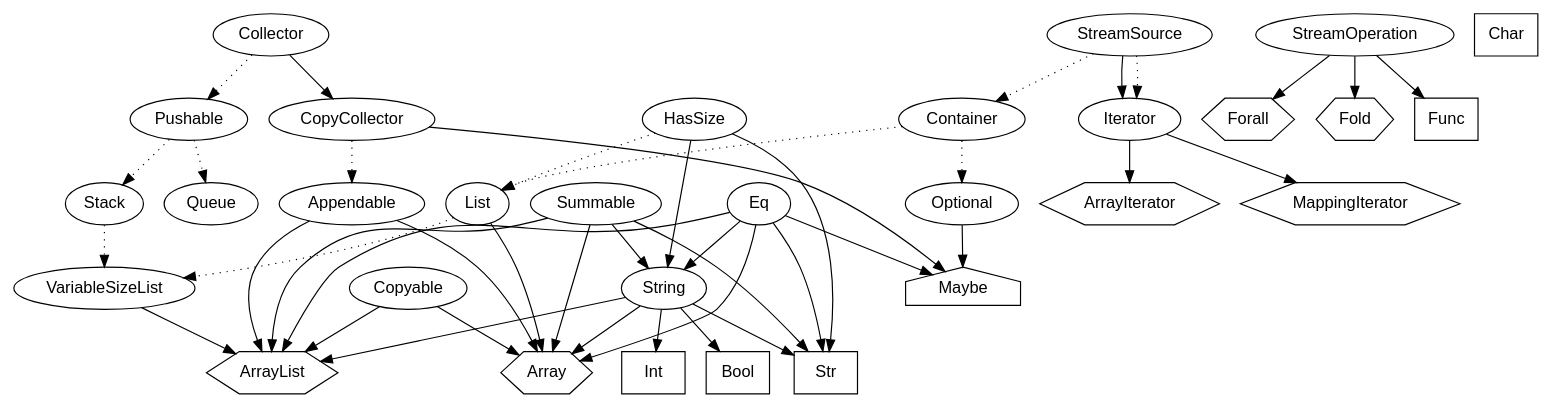
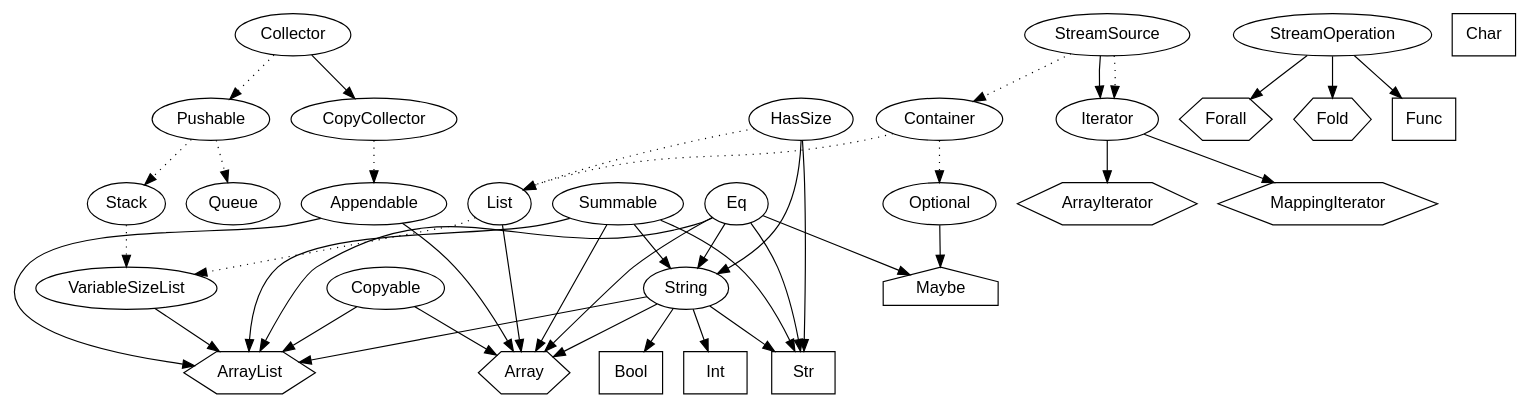
One commit to fergusq/pscript changed the diagram in doc/types.dot. Above: the diagram before and after it, drawn with Graphviz. The commit also changed 6 other files, not shown here.

```diff
--- a/doc/types.dot
+++ b/doc/types.dot
@@ -1,116 +1,115 @@
 digraph G {
     node [fontname="sans-serif"]
     // Models
     String [shape="oval"]
     HasSize [shape="oval"]
     Copyable [shape="oval"]
     Container [shape="oval", group="collections"]
     Optional [shape="oval", group="collections"]
     List [shape="oval", group="collections"]
     VariableSizeList [shape="oval", group="collections"]
     Stack [shape="oval", group="collections"]
     Queue [shape="oval", group="collections"]
     Appendable [shape="oval", group="collectors"]
     Pushable [shape="oval", group="collectors"]
     Summable [shape="oval", group="collections"]
     
     StreamSource [shape="oval", group="pipes"]
     StreamOperation [shape="oval", group="pipes"]
     Collector [shape="oval", group="collectors"]
     CopyCollector [shape="oval", group="collectors"]
     Iterator [shape="oval", group="iterators"]
     
     // Structs
     /**/ArrayList [shape="hexagon", group="collections"]
     /**/Array [shape="hexagon", group="collections"]
     /**/ArrayIterator [shape="hexagon", group="iterators"]
     /**/MappingIterator [shape="hexagon", group="iterators"]
     /**/Forall [shape="hexagon", group="pipes"]
     /**/Fold [shape="hexagon", group="pipes"]
     
     // Enums
     /**/Maybe [shape="house", group="collections"]
     
     // Primitive types
     /**/Str [shape="box", group="primitives"]
     /**/Int [shape="box", group="primitives"]
     /**/Bool [shape="box", group="primitives"]
     /**/Char [shape="box", group="primitives"]
     /**/Func [shape="box", group="primitives"]
     
     /**/String -> Int
     /**/String -> Bool
     /**/String -> Str
     /**/String -> Array
     /**/String -> ArrayList
     
     Copyable -> Array
     Copyable -> ArrayList
     
     /**/HasSize -> Str
     HasSize -> String
     //+HasSize -> Array
     //+HasSize -> ArrayList
     
     /**/Eq -> Str
     Eq -> String
     /**/Eq -> Array
     /**/Eq -> ArrayList
     /**/Eq -> Maybe
     
     StreamSource -> Container [style=dotted]
     //+Container -> Array
     //+Container -> ArrayList
     //+Container -> Maybe
     
     HasSize -> List [style=dotted]
     Container -> List [style=dotted]
     /**/List -> Array
     //+List -> ArrayList
     
     List -> VariableSizeList [style=dotted]
     Stack -> VariableSizeList [style=dotted]
     /**/VariableSizeList -> ArrayList
     
     Pushable -> Stack [style=dotted]
     //+Stack -> ArrayList
     
     Pushable -> Queue [style=dotted]
     
     //+StreamSource -> Maybe
     //+StreamSource -> Array
     //+StreamSource -> ArrayList
     StreamSource -> Iterator
     //+StreamSource -> ArrayIterator
     //+StreamSource -> MappingIterator
     
     /**/StreamOperation -> Func
     /**/StreamOperation -> Fold
     /**/StreamOperation -> Forall
     
     /**/Summable -> Str
     Summable -> String
     /**/Summable -> Array
     /**/Summable -> ArrayList
     
     CopyCollector -> Appendable [style=dotted]
     /**/Appendable -> Array
     /**/Appendable -> ArrayList
     
     //+CopyCollector -> Array
     //+CopyCollector -> ArrayList
-    /**/CopyCollector -> Maybe
     
     Collector -> Pushable [style=dotted]
     //+Pushable -> ArrayList
     
     //+Collector -> ArrayList
     Collector -> CopyCollector
     
     StreamSource -> Iterator [style=dotted]
     /**/Iterator -> ArrayIterator
     /**/Iterator -> MappingIterator
     
     Container -> Optional [style=dotted]
     /**/Optional -> Maybe
 }
```
